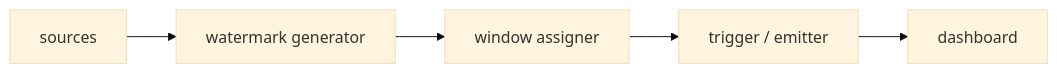
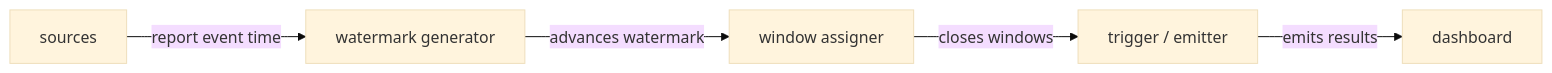
The eighth of 19 diagrams in docs/ch03-watermarks.md (vinayakuber/streaming-systems-study-guide), drawn with Mermaid (base theme) before and after one commit. The commit also changed other lines of this file and 22 other files, not shown here.

First line of the commit message:
R18: label every diagram arrow with its meaning

````diff
--- a/docs/ch03-watermarks.md
+++ b/docs/ch03-watermarks.md
@@ -193,7 +193,7 @@
 ```mermaid
 flowchart LR
-  S["sources"] --> G["watermark generator"]
-  G --> W["window assigner"]
-  W --> T["trigger / emitter"]
-  T --> D["dashboard"]
+  S["sources"] -->|"report event time"| G["watermark generator"]
+  G -->|"advances watermark"| W["window assigner"]
+  W -->|"closes windows"| T["trigger / emitter"]
+  T -->|"emits results"| D["dashboard"]
 ```
````
